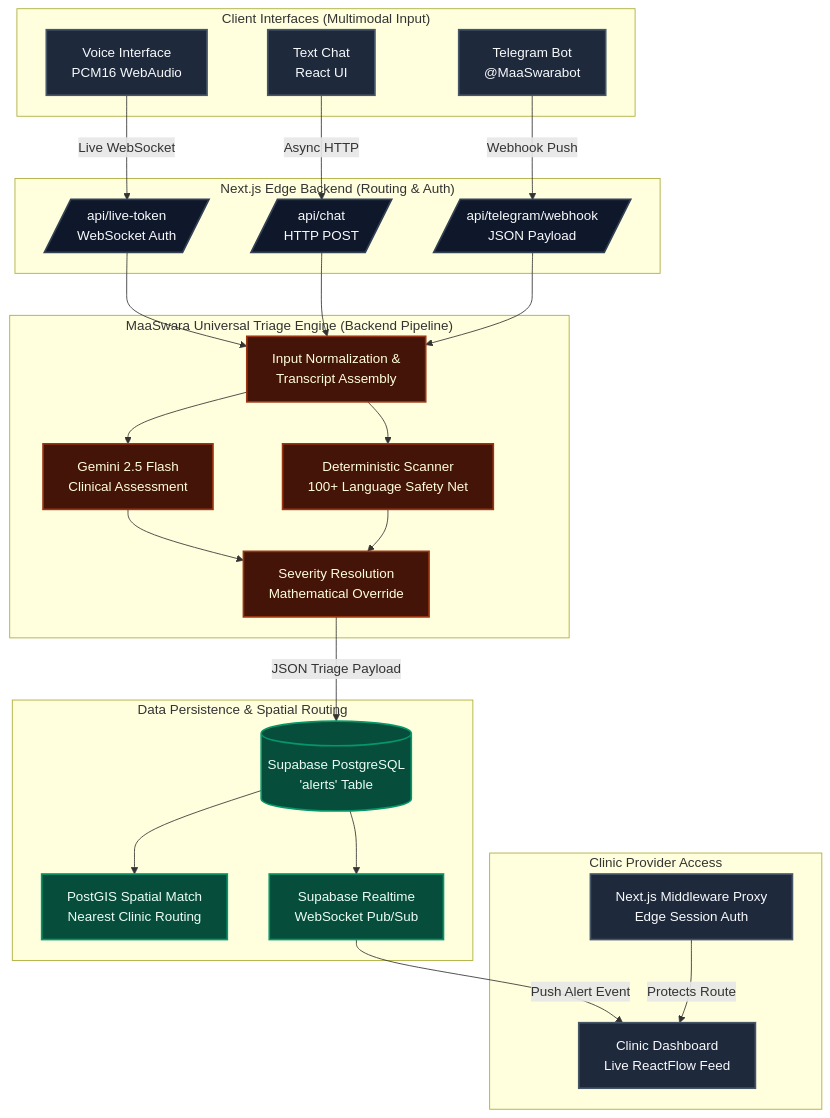
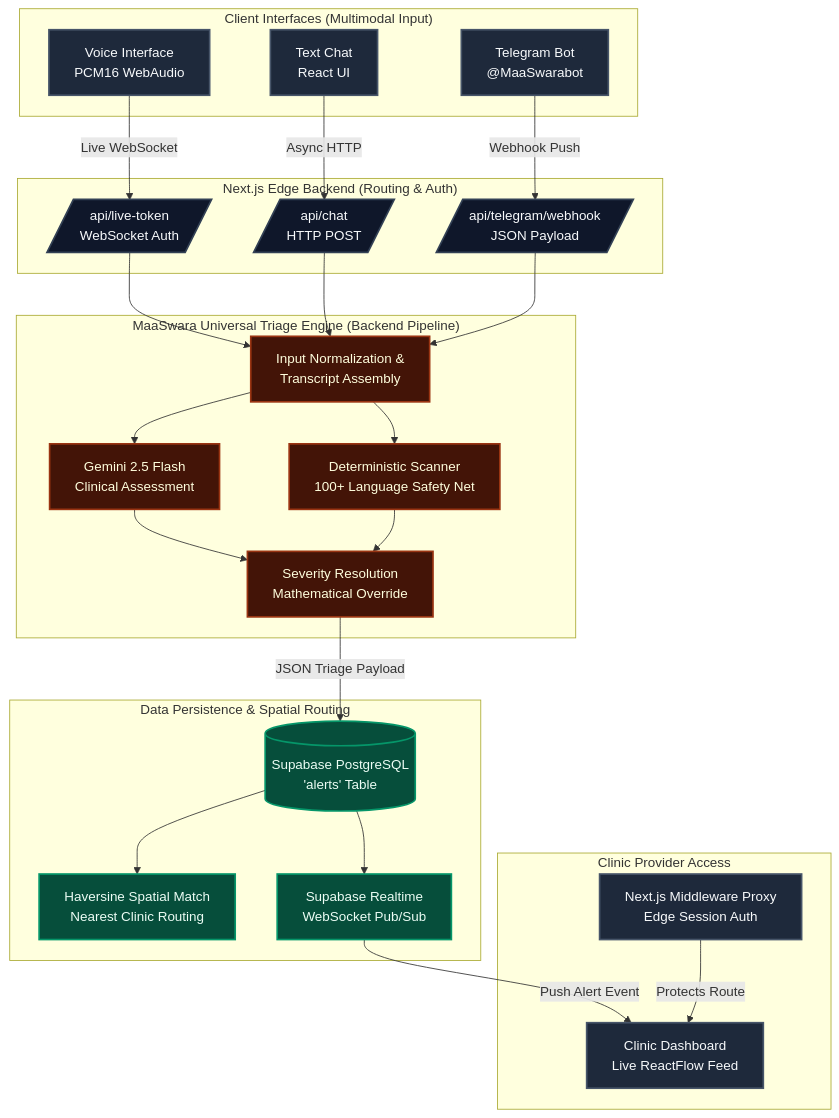
Before and after one commit to omshukla24/MaaSwara: the diagram in README.md, drawn with Mermaid. The commit also changed other lines of this file, not shown here.

Commit message:
docs: Final security docs and removal of PostGIS references

````diff
--- a/README.md
+++ b/README.md
@@ -51,61 +51,61 @@
 ```mermaid
 graph TD
     %% Styling
     classDef frontend fill:#1e293b,stroke:#475569,stroke-width:2px,color:#f8fafc
     classDef backend fill:#0f172a,stroke:#334155,stroke-width:2px,color:#f8fafc
     classDef ai fill:#431407,stroke:#9a3412,stroke-width:2px,color:#fffedd
     classDef db fill:#064e3b,stroke:#059669,stroke-width:2px,color:#ecfdf5
     classDef external fill:#171717,stroke:#404040,stroke-width:2px,color:#e5e5e5
 
     subgraph "Client Interfaces (Multimodal Input)"
         A[Voice Interface <br/>PCM16 WebAudio]:::frontend
         B[Text Chat <br/>React UI]:::frontend
         C[Telegram Bot <br/>@MaaSwarabot]:::frontend
     end
 
     subgraph "Next.js Edge Backend (Routing & Auth)"
         D[/api/live-token <br/>WebSocket Auth/]:::backend
         E[/api/chat <br/>HTTP POST/]:::backend
         F[/api/telegram/webhook <br/>JSON Payload/]:::backend
     end
 
     A -->|Live WebSocket| D
     B -->|Async HTTP| E
     C -->|Webhook Push| F
 
     subgraph "MaaSwara Universal Triage Engine (Backend Pipeline)"
         G[Input Normalization & <br/>Transcript Assembly]:::ai
         
         H[Gemini 2.5 Flash <br/>Clinical Assessment]:::ai
         I[Deterministic Scanner <br/>100+ Language Safety Net]:::ai
         
         J[Severity Resolution <br/>Mathematical Override]:::ai
         
         G --> H
         G --> I
         H --> J
         I --> J
     end
 
     D --> G
     E --> G
     F --> G
 
     subgraph "Data Persistence & Spatial Routing"
         K[(Supabase PostgreSQL <br/>'alerts' Table)]:::db
-        L[PostGIS Spatial Match <br/>Nearest Clinic Routing]:::db
+        L[Haversine Spatial Match <br/>Nearest Clinic Routing]:::db
         M[Supabase Realtime <br/>WebSocket Pub/Sub]:::db
     end
 
     J -->|JSON Triage Payload| K
     K --> L
     K --> M
 
     subgraph "Clinic Provider Access"
         N[Next.js Middleware Proxy <br/>Edge Session Auth]:::frontend
         O[Clinic Dashboard <br/>Live ReactFlow Feed]:::frontend
     end
 
     M -->|Push Alert Event| O
     N -->|Protects Route| O
 ```
````
